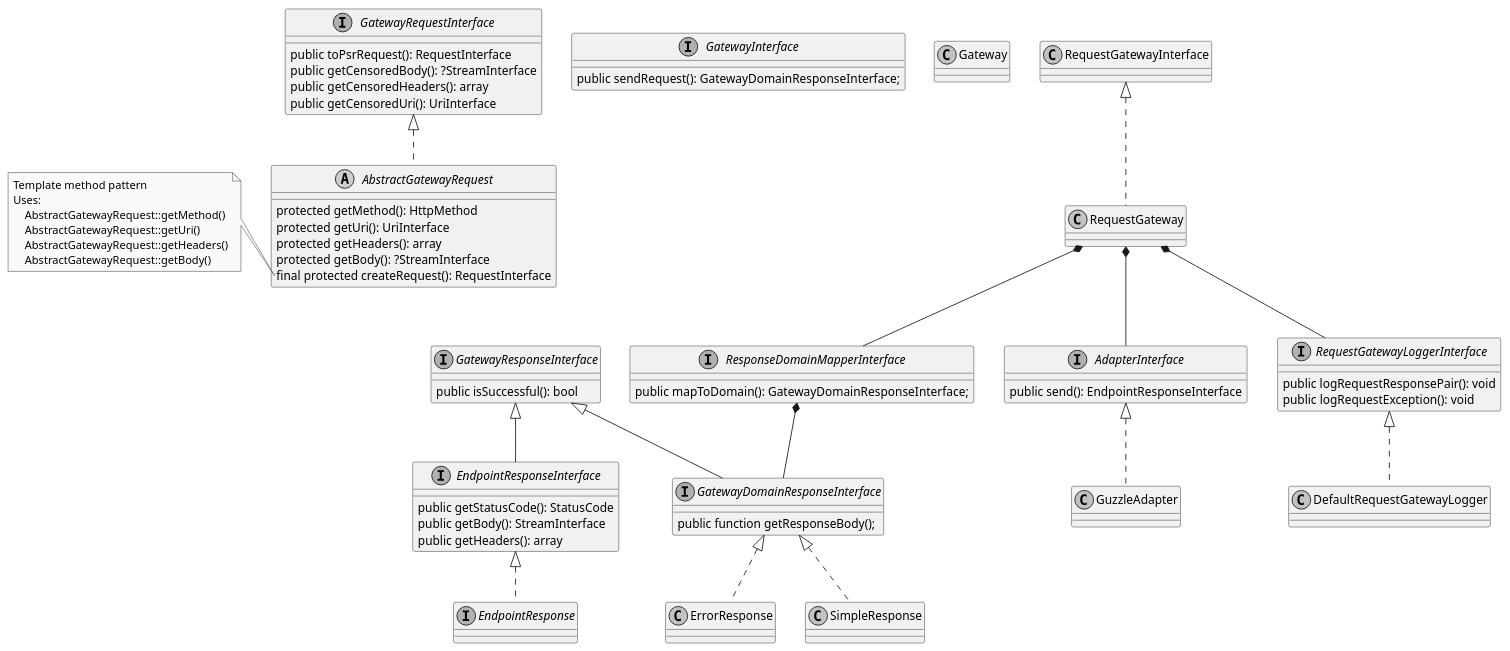
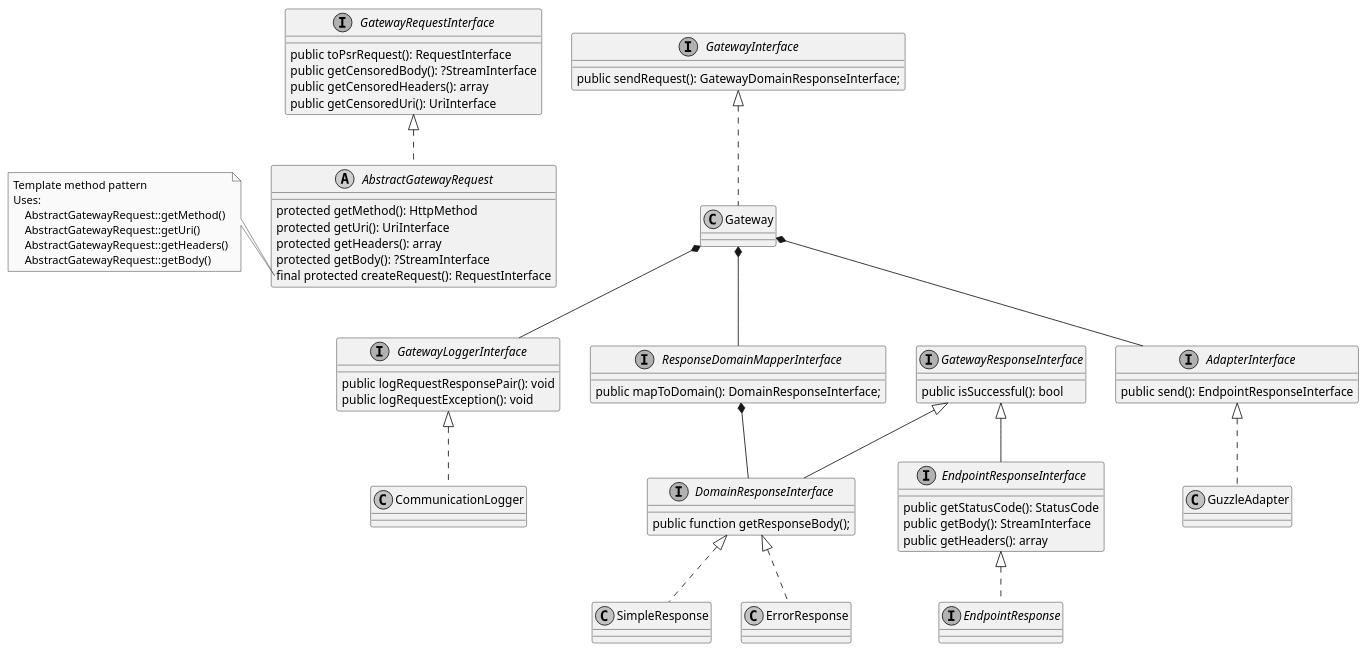
The diagram in docs/uml/overview.puml (profesia/service-layer), drawn with PlantUML before and after one commit. The commit also changed 5 other files, not shown here.

```diff
--- a/docs/uml/overview.puml
+++ b/docs/uml/overview.puml
@@ -1,88 +1,88 @@
 @startuml
 'https://plantuml.com/class-diagram
 
 skinparam monochrome true
 
 interface GatewayRequestInterface {
     public toPsrRequest(): RequestInterface
     public getCensoredBody(): ?StreamInterface
     public getCensoredHeaders(): array
     public getCensoredUri(): UriInterface
 }
 
 abstract class AbstractGatewayRequest {
     protected getMethod(): HttpMethod
     protected getUri(): UriInterface
     protected getHeaders(): array
     protected getBody(): ?StreamInterface
     final protected createRequest(): RequestInterface
 }
 
 interface GatewayInterface {
     public sendRequest(): GatewayDomainResponseInterface;
 }
 
 class Gateway {
 }
 
 interface GatewayResponseInterface {
     public isSuccessful(): bool
 }
 
 interface EndpointResponseInterface {
     public getStatusCode(): StatusCode
     public getBody(): StreamInterface
     public getHeaders(): array
 }
 
 interface EndpointResponse {
 }
 
-interface GatewayDomainResponseInterface {
+interface DomainResponseInterface {
     public function getResponseBody();
 }
 
 note left of AbstractGatewayRequest::createRequest
     Template method pattern
     Uses:
         AbstractGatewayRequest::getMethod()
         AbstractGatewayRequest::getUri()
         AbstractGatewayRequest::getHeaders()
         AbstractGatewayRequest::getBody()
 end note
 
 interface AdapterInterface {
     public send(): EndpointResponseInterface
 }
 
 class GuzzleAdapter {
 
 }
 
 interface ResponseDomainMapperInterface {
-    public mapToDomain(): GatewayDomainResponseInterface;
+    public mapToDomain(): DomainResponseInterface;
 }
 
-interface RequestGatewayLoggerInterface {
+interface GatewayLoggerInterface {
     public logRequestResponsePair(): void
     public logRequestException(): void
 }
 
-class DefaultRequestGatewayLogger {
+class CommunicationLogger {
 }
 
 GatewayRequestInterface <|.. AbstractGatewayRequest
-RequestGatewayInterface <|.. RequestGateway
+GatewayInterface <|.. Gateway
 GatewayResponseInterface <|-- EndpointResponseInterface
-GatewayResponseInterface <|-- GatewayDomainResponseInterface
+GatewayResponseInterface <|-- DomainResponseInterface
 AdapterInterface <|.. GuzzleAdapter
-RequestGateway *-- AdapterInterface
-RequestGateway *-- ResponseDomainMapperInterface
-RequestGateway *-- RequestGatewayLoggerInterface
-ResponseDomainMapperInterface *-- GatewayDomainResponseInterface
-GatewayDomainResponseInterface <|.. ErrorResponse
-GatewayDomainResponseInterface <|.. SimpleResponse
+Gateway *-- AdapterInterface
+Gateway *-- ResponseDomainMapperInterface
+Gateway *-- GatewayLoggerInterface
+ResponseDomainMapperInterface *-- DomainResponseInterface
+DomainResponseInterface <|.. ErrorResponse
+DomainResponseInterface <|.. SimpleResponse
 EndpointResponseInterface <|.. EndpointResponse
-RequestGatewayLoggerInterface <|.. DefaultRequestGatewayLogger
+GatewayLoggerInterface <|.. CommunicationLogger
 
 @enduml
```
